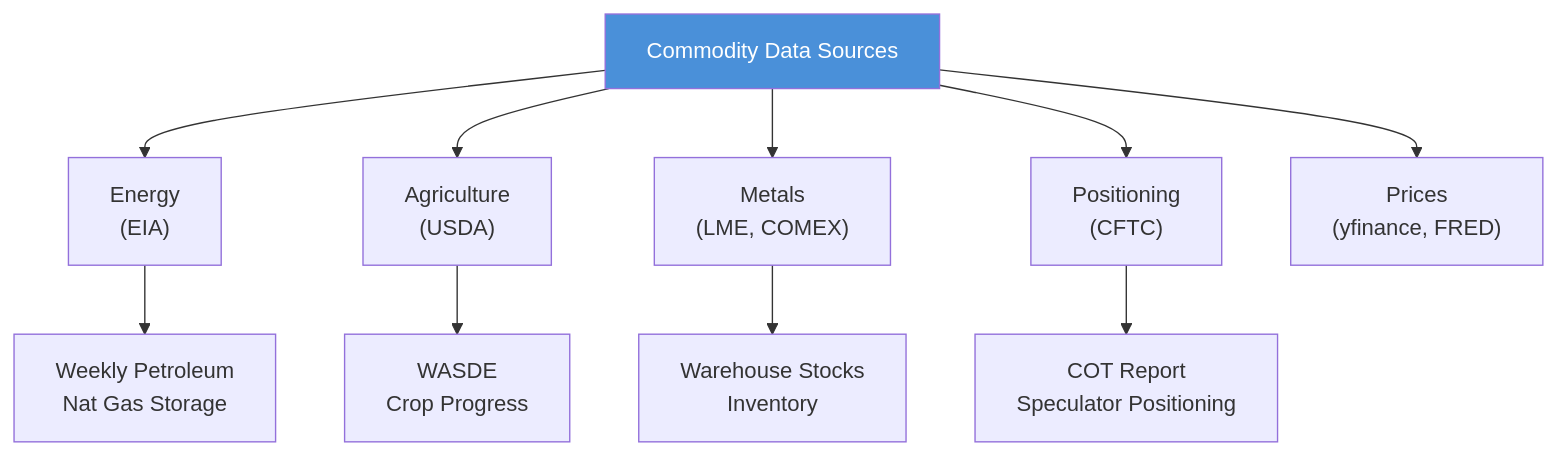
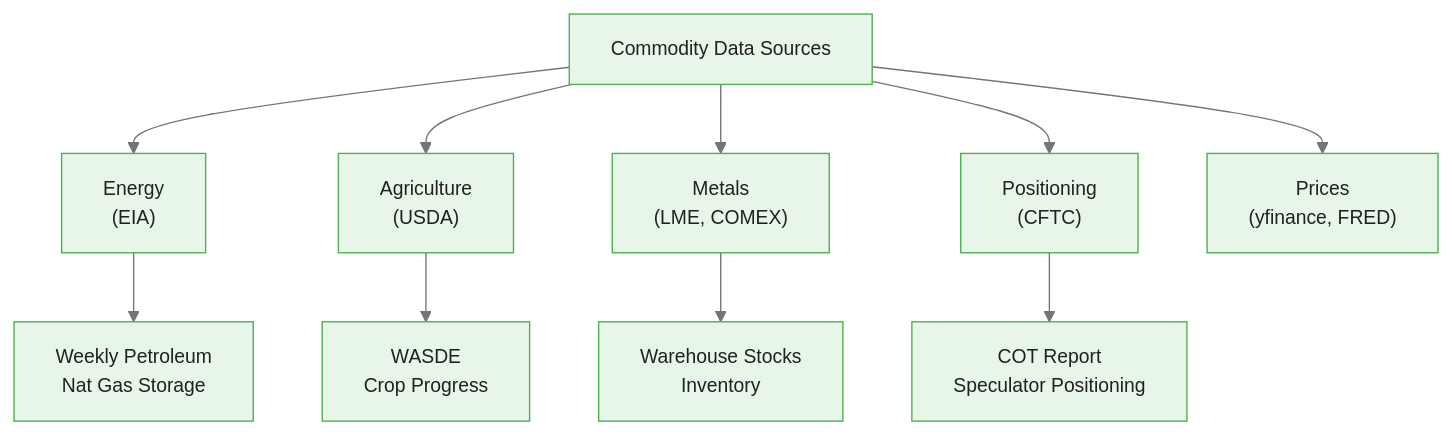
The first of 4 diagrams in courses/bayesian-commodity-forecasting/modules/module_02_commodity_data/guides/01_data_sources_slides.md (m-deane/course-creator), drawn with Mermaid before and after one commit. The commit also changed other lines of this file and 104 other files, not shown here.

````diff
--- a/courses/bayesian-commodity-forecasting/modules/module_02_commodity_data/guides/01_data_sources_slides.md
+++ b/courses/bayesian-commodity-forecasting/modules/module_02_commodity_data/guides/01_data_sources_slides.md
@@ -28,13 +32,13 @@
 ```mermaid
+%%{init: {"theme": "base", "themeVariables": {"primaryColor": "#e8f5e9", "primaryBorderColor": "#4caf50", "primaryTextColor": "#212121", "secondaryColor": "#e3f2fd", "tertiaryColor": "#fff8e1", "lineColor": "#757575", "fontFamily": "Inter, sans-serif", "fontSize": "14px"}}}%%
 flowchart TD
     DS["Commodity Data Sources"] --> E["Energy\n(EIA)"]
     DS --> A["Agriculture\n(USDA)"]
     DS --> M["Metals\n(LME, COMEX)"]
     DS --> P["Positioning\n(CFTC)"]
     DS --> PR["Prices\n(yfinance, FRED)"]
     E --> EW["Weekly Petroleum\nNat Gas Storage"]
     A --> AW["WASDE\nCrop Progress"]
     M --> MW["Warehouse Stocks\nInventory"]
     P --> PW["COT Report\nSpeculator Positioning"]
-    style DS fill:#4a90d9,color:#fff
 ```
````
